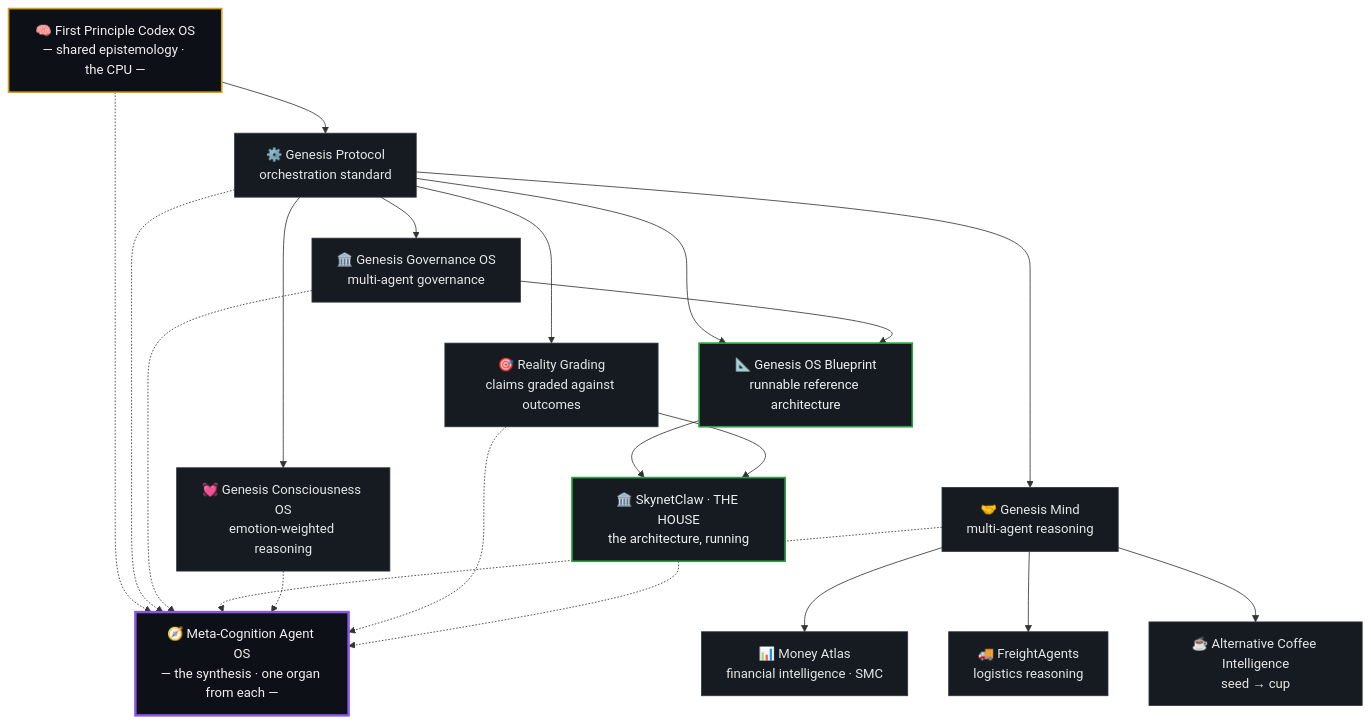
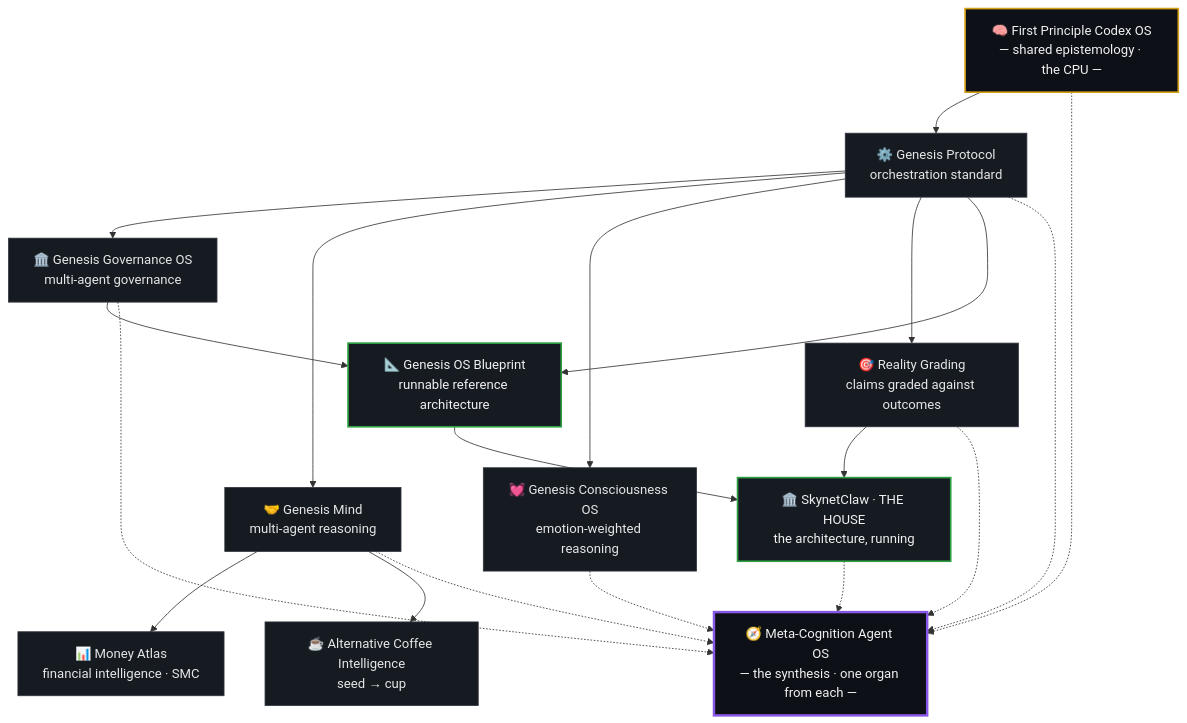
Before and after one commit to ElmatadorZ/ElmatadorZ: the diagram in README.md, drawn with Mermaid. The commit also changed other lines of this file, not shown here.

````diff
--- a/README.md
+++ b/README.md
@@ -91,45 +108,43 @@
 ```mermaid
 graph TD
     FPCOS["🧠 First Principle Codex OS<br/>— shared epistemology · the CPU —"]
     GP["⚙️ Genesis Protocol<br/>orchestration standard"]
     GGOV["🏛️ Genesis Governance OS<br/>multi-agent governance"]
     GM["🤝 Genesis Mind<br/>multi-agent reasoning"]
     GC["💓 Genesis Consciousness OS<br/>emotion-weighted reasoning"]
     RG["🎯 Reality Grading<br/>claims graded against outcomes"]
     MA["📊 Money Atlas<br/>financial intelligence · SMC"]
-    FR["🚚 FreightAgents<br/>logistics reasoning"]
     COF["☕ Alternative Coffee Intelligence<br/>seed → cup"]
     GOSB["📐 Genesis OS Blueprint<br/>runnable reference architecture"]
     SC["🏛️ SkynetClaw · THE HOUSE<br/>the architecture, running"]
     MCOS["🧭 Meta-Cognition Agent OS<br/>— the synthesis · one organ from each —"]
 
     FPCOS --> GP
     GP --> GGOV
     GP --> GM
     GP --> GC
     GP --> RG
     GM --> MA
-    GM --> FR
     GM --> COF
     GP --> GOSB
     GGOV --> GOSB
     GOSB --> SC
     RG --> SC
 
     FPCOS -.-> MCOS
     GP -.-> MCOS
     GGOV -.-> MCOS
     GM -.-> MCOS
     GC -.-> MCOS
     RG -.-> MCOS
     SC -.-> MCOS
 
     classDef base fill:#0d1117,stroke:#d4a017,stroke-width:2px,color:#f0f0f0;
     classDef ship fill:#161b22,stroke:#2ea043,stroke-width:2px,color:#f0f0f0;
     classDef flag fill:#0d1117,stroke:#8957e5,stroke-width:3px,color:#f0f0f0;
     classDef node fill:#161b22,stroke:#30363d,stroke-width:1px,color:#e6e6e6;
     class FPCOS base;
     class SC,GOSB ship;
     class MCOS flag;
-    class GP,GGOV,GM,GC,RG,MA,FR,COF node;
+    class GP,GGOV,GM,GC,RG,MA,COF node;
 ```
````
